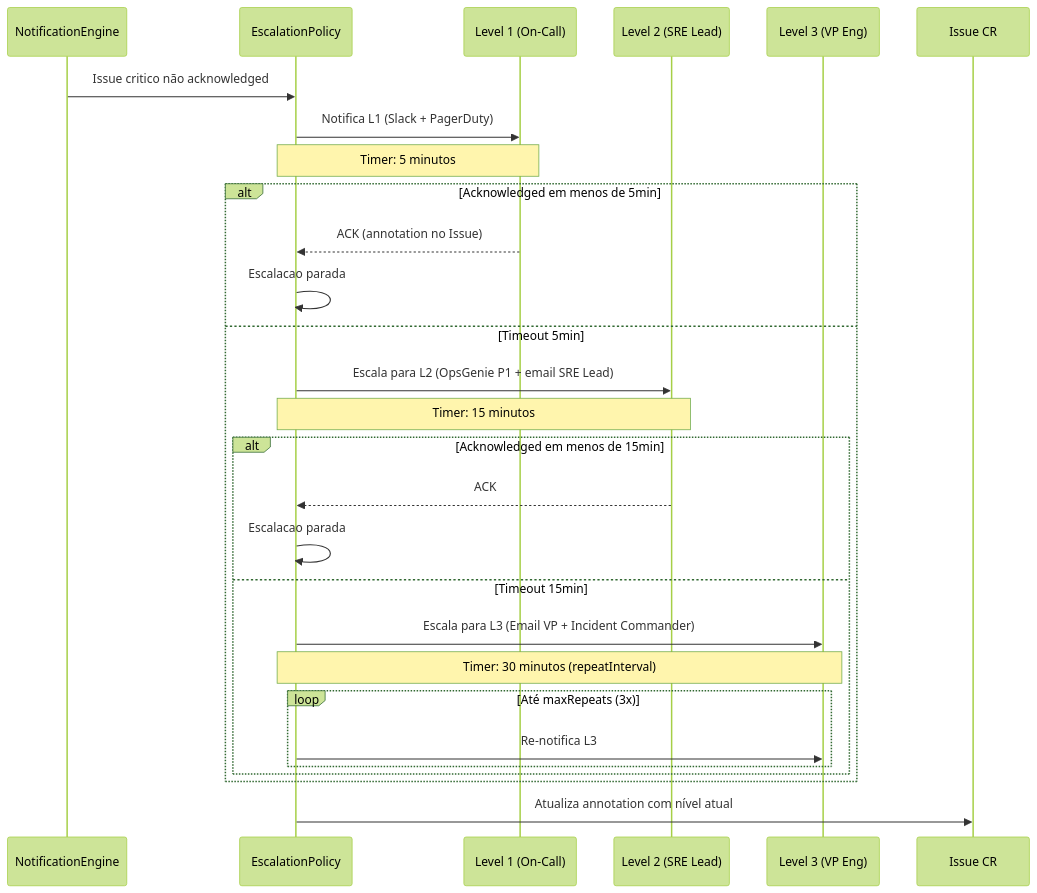
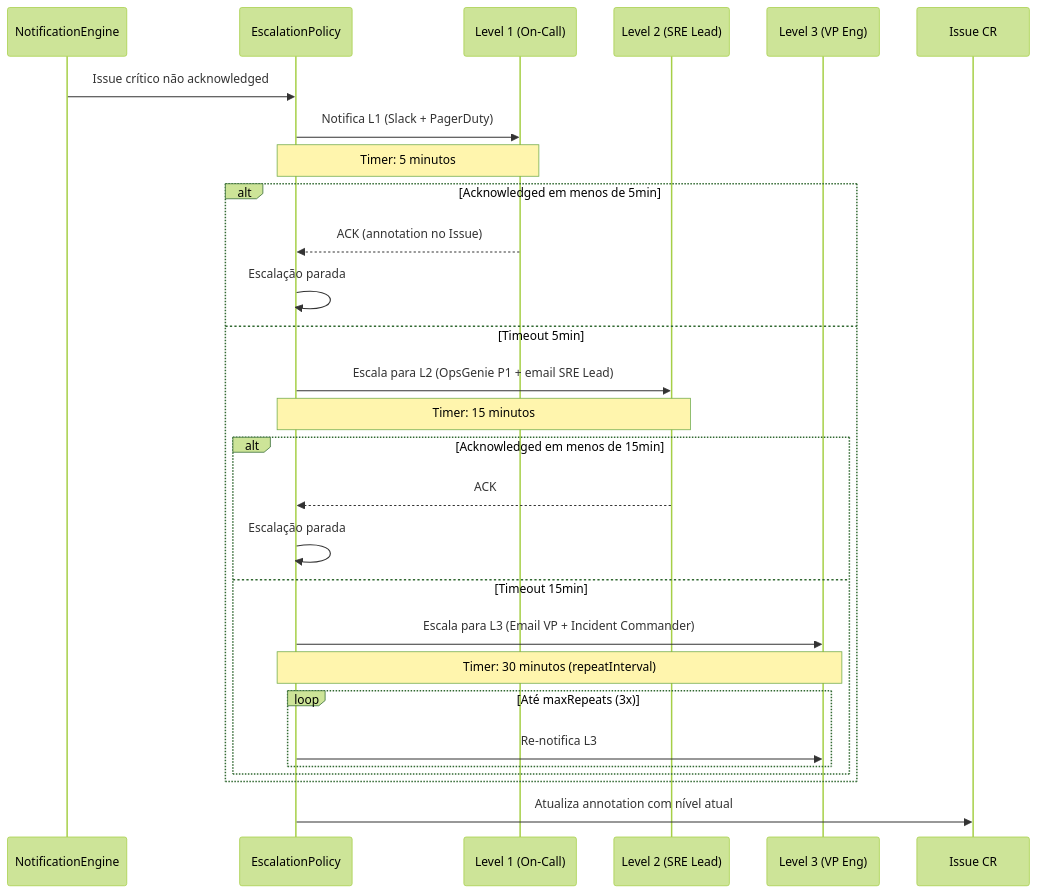
One commit to diillson/chatcli.ai changed the second of 2 diagrams in features/aiops/notifications.mdx. Above: the diagram before and after it, drawn with Mermaid (forest theme). The commit also changed other lines of this file and 97 other files, not shown here.

````diff
--- a/features/aiops/notifications.mdx
+++ b/features/aiops/notifications.mdx
@@ -635,35 +635,35 @@
 ```mermaid
 sequenceDiagram
     participant NE as NotificationEngine
     participant EP as EscalationPolicy
     participant L1 as Level 1 (On-Call)
     participant L2 as Level 2 (SRE Lead)
     participant L3 as Level 3 (VP Eng)
     participant ISS as Issue CR
 
-    NE->>EP: Issue critico não acknowledged
+    NE->>EP: Issue crítico não acknowledged
     EP->>L1: Notifica L1 (Slack + PagerDuty)
     Note over EP,L1: Timer: 5 minutos
 
     alt Acknowledged em menos de 5min
         L1-->>EP: ACK (annotation no Issue)
-        EP->>EP: Escalacao parada
+        EP->>EP: Escalação parada
     else Timeout 5min
         EP->>L2: Escala para L2 (OpsGenie P1 + email SRE Lead)
         Note over EP,L2: Timer: 15 minutos
 
         alt Acknowledged em menos de 15min
             L2-->>EP: ACK
-            EP->>EP: Escalacao parada
+            EP->>EP: Escalação parada
         else Timeout 15min
             EP->>L3: Escala para L3 (Email VP + Incident Commander)
             Note over EP,L3: Timer: 30 minutos (repeatInterval)
 
             loop Até maxRepeats (3x)
                 EP->>L3: Re-notifica L3
             end
         end
     end
 
     EP->>ISS: Atualiza annotation com nível atual
 ```
````
